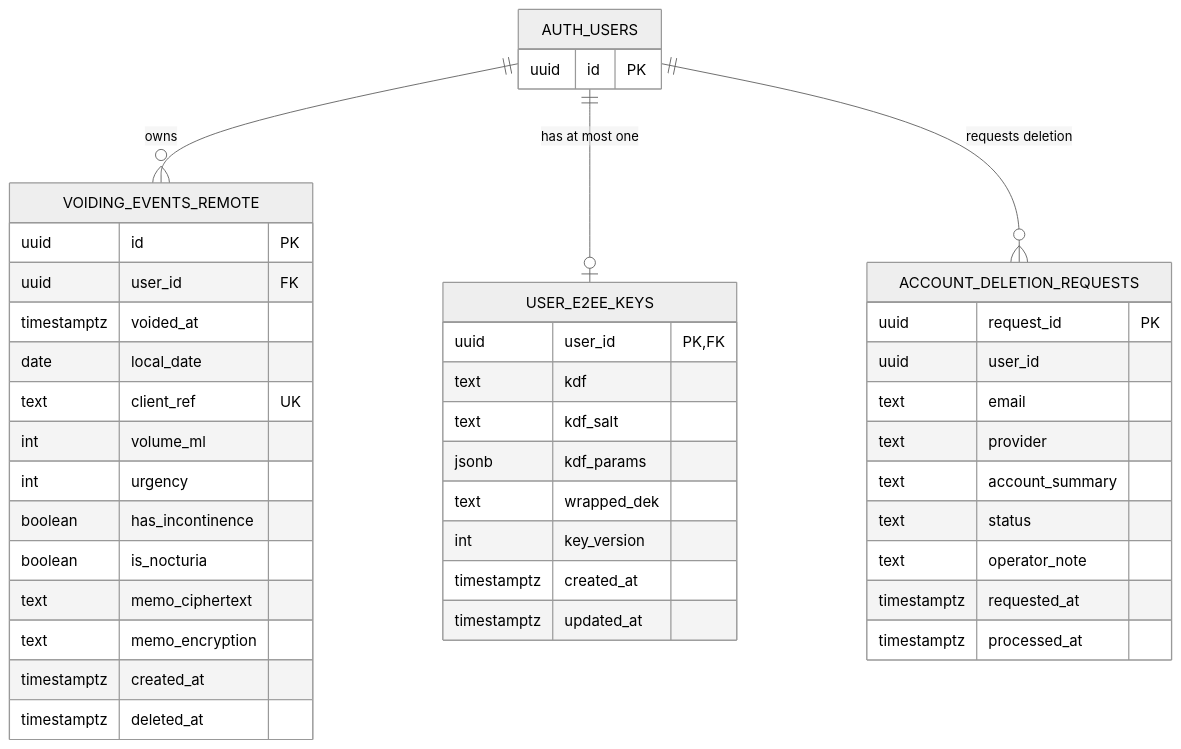
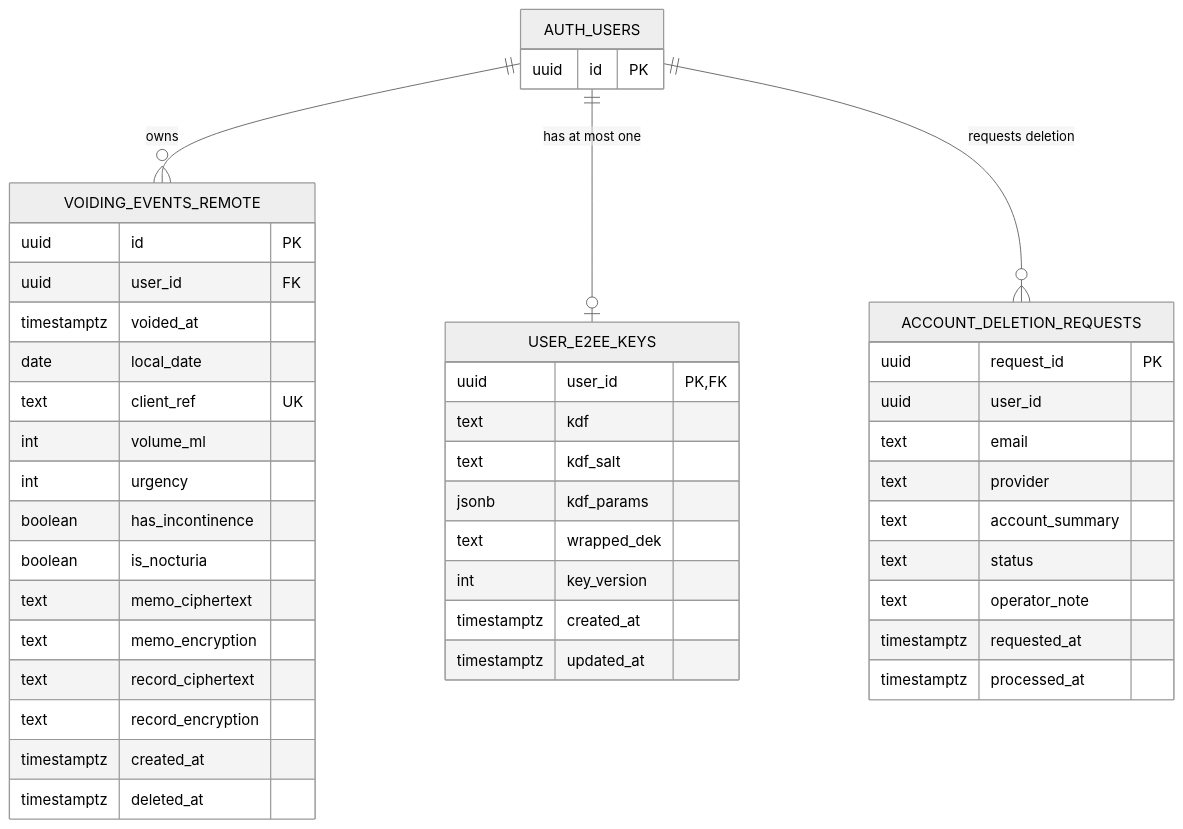
Before and after one commit to younjungpark/bladder-diary: the second of 2 diagrams in docs/design-docs/data-model-er.md, drawn with Mermaid (neutral theme). The commit also changed other lines of this file and 27 other files, not shown here.

````diff
--- a/docs/design-docs/data-model-er.md
+++ b/docs/design-docs/data-model-er.md
@@ -53,49 +55,51 @@
 ```mermaid
 erDiagram
     AUTH_USERS {
         uuid id PK
     }
 
     VOIDING_EVENTS_REMOTE {
         uuid id PK
         uuid user_id FK
         timestamptz voided_at
         date local_date
         text client_ref UK
         int volume_ml
         int urgency
         boolean has_incontinence
         boolean is_nocturia
         text memo_ciphertext
         text memo_encryption
+        text record_ciphertext
+        text record_encryption
         timestamptz created_at
         timestamptz deleted_at
     }
 
     USER_E2EE_KEYS {
         uuid user_id PK,FK
         text kdf
         text kdf_salt
         jsonb kdf_params
         text wrapped_dek
         int key_version
         timestamptz created_at
         timestamptz updated_at
     }
 
     ACCOUNT_DELETION_REQUESTS {
         uuid request_id PK
         uuid user_id
         text email
         text provider
         text account_summary
         text status
         text operator_note
         timestamptz requested_at
         timestamptz processed_at
     }
 
     AUTH_USERS ||--o{ VOIDING_EVENTS_REMOTE : "owns"
     AUTH_USERS ||--o| USER_E2EE_KEYS : "has at most one"
     AUTH_USERS ||--o{ ACCOUNT_DELETION_REQUESTS : "requests deletion"
 ```
````
